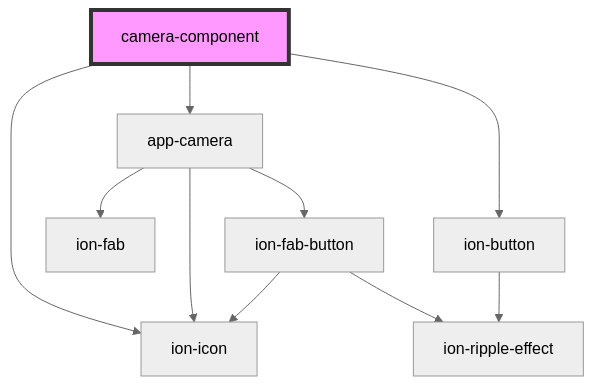
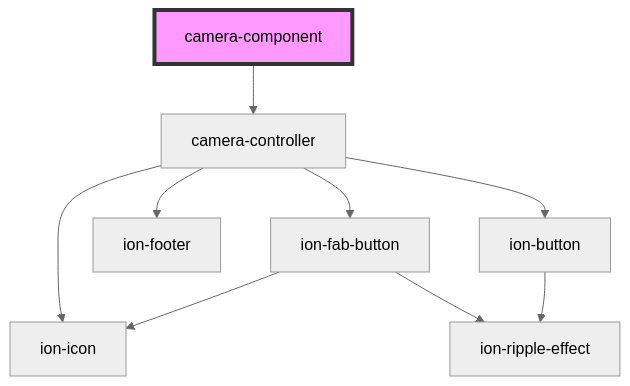
One commit to appfeel/camera-component changed the diagram in src/components/camera-component/readme.md. Above: the diagram before and after it, drawn with Mermaid (neutral theme). The commit also changed other lines of this file and 2 other files, not shown here.

````diff
--- a/src/components/camera-component/readme.md
+++ b/src/components/camera-component/readme.md
@@ -17,13 +47,12 @@
 ```mermaid
 graph TD;
-  camera-component --> app-camera
-  camera-component --> ion-button
-  camera-component --> ion-icon
-  app-camera --> ion-fab
-  app-camera --> ion-fab-button
-  app-camera --> ion-icon
+  camera-component --> camera-controller
+  camera-controller --> ion-fab-button
+  camera-controller --> ion-icon
+  camera-controller --> ion-footer
+  camera-controller --> ion-button
   ion-fab-button --> ion-icon
   ion-fab-button --> ion-ripple-effect
   ion-button --> ion-ripple-effect
   style camera-component fill:#f9f,stroke:#333,stroke-width:4px
 ```
````
